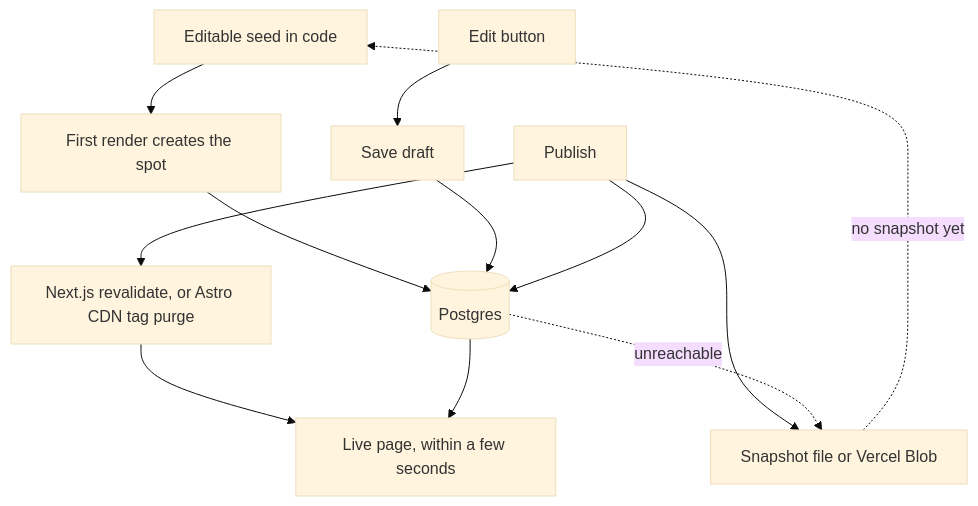
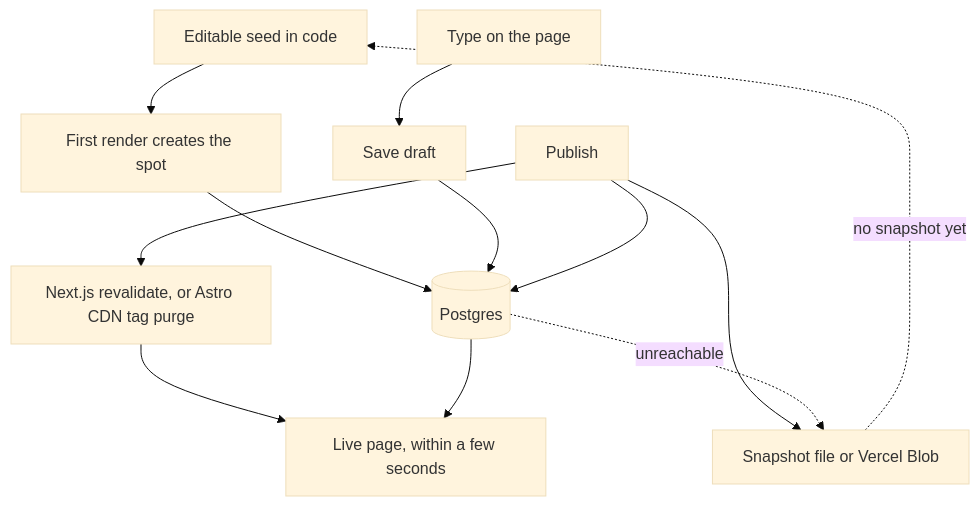
The diagram in README.md (lukebrandonfarrell/site-editor), drawn with Mermaid (base theme) before and after one commit. The commit also changed other lines of this file and 69 other files, not shown here.

First line of the commit message:
Fix install failures, editor chrome, and out-of-date schemas (#2)

````diff
--- a/README.md
+++ b/README.md
@@ -31,14 +31,14 @@
 ```mermaid
 flowchart TD
   code["Editable seed in code"] --> first["First render creates the spot"]
   first --> db[("Postgres")]
-  editor["Edit button"] --> draft["Save draft"]
+  editor["Type on the page"] --> draft["Save draft"]
   draft --> db
   publish["Publish"] --> db
   publish --> snap["Snapshot file or Vercel Blob"]
   publish --> cache["Next.js revalidate, or Astro CDN tag purge"]
   cache --> page["Live page, within a few seconds"]
   db --> page
   db -.->|unreachable| snap
   snap -.->|no snapshot yet| code
 ```
````
